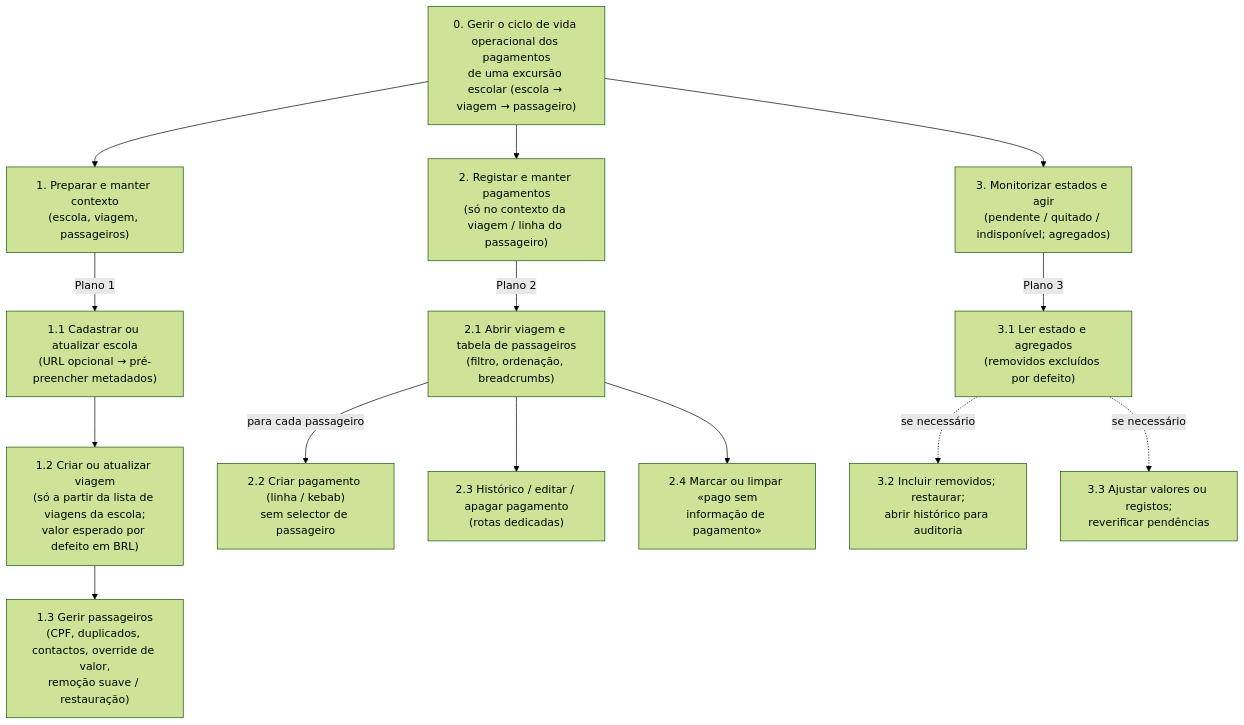
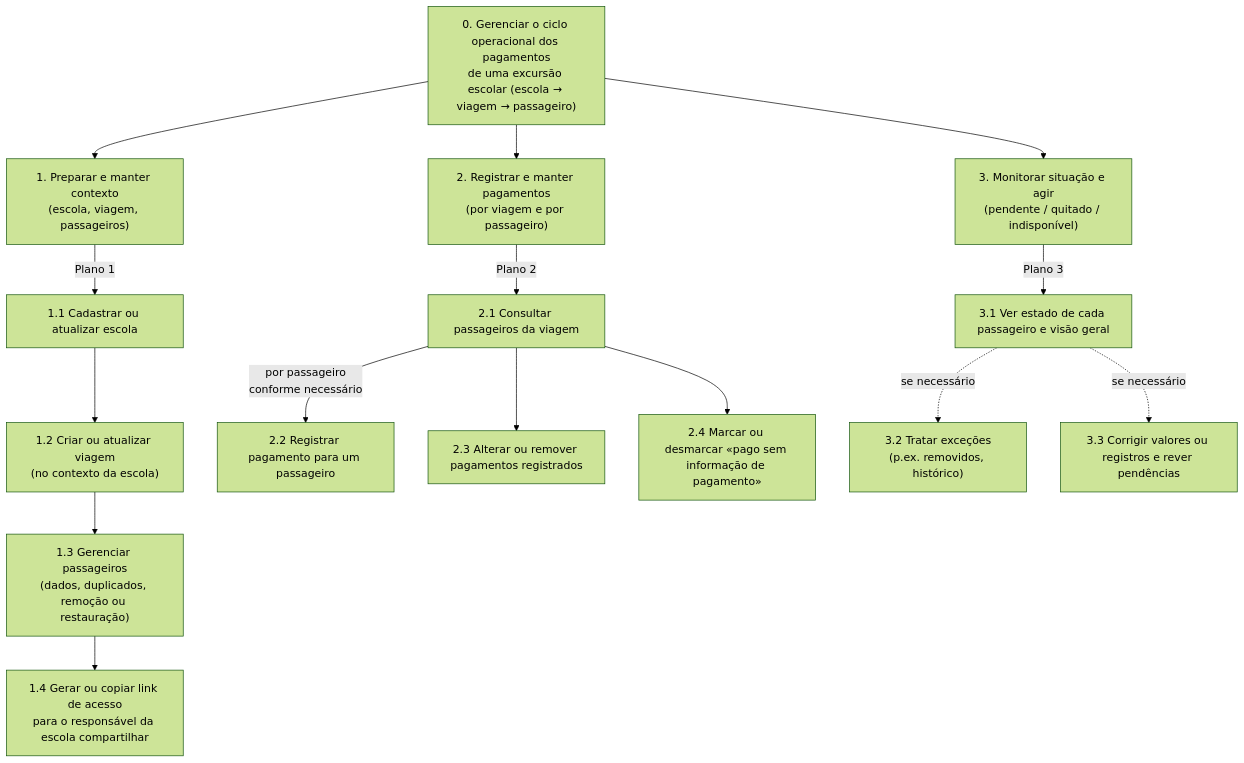
One commit to artieeez/sitio-design-notes changed the diagram in specs/001-school-trip-payments/presentation-sprint-01/hta-school-trip-payments.mmd. Above: the diagram before and after it, drawn with Mermaid (forest theme). The commit also changed 2 other files, not shown here.

Commit message:
one presentation and HTA diagrams toward Brazilian Portuguese (pt-BR)

```diff
--- a/specs/001-school-trip-payments/presentation-sprint-01/hta-school-trip-payments.mmd
+++ b/specs/001-school-trip-payments/presentation-sprint-01/hta-school-trip-payments.mmd
@@ -1,42 +1,44 @@
-%% HTA — Dashboard de pagamentos pendentes em viagens escolares (staff)
-%% Plano 0: executar 1; em paralelo ou iterativamente 2 e 3 ao longo da operação
-%% Export PNG/SVG: npx @mermaid-js/mermaid-cli -i hta-school-trip-payments.mmd -o hta-school-trip-payments.png
+%% HTA — Lado agência (responsável pela agência)
+%% Plano 0: executar 1 (inclui compartilhar link com a escola); repetir 2 e 3 ao longo da operação
+%% Export: npx @mermaid-js/mermaid-cli -i hta-school-trip-payments.mmd -o hta-school-trip-payments.png
 
 flowchart TB
-  t0["0. Gerir o ciclo de vida operacional dos pagamentos<br/>de uma excursão escolar (escola → viagem → passageiro)"]
+  t0["0. Gerenciar o ciclo operacional dos pagamentos<br/>de uma excursão escolar (escola → viagem → passageiro)"]
 
   t1["1. Preparar e manter contexto<br/>(escola, viagem, passageiros)"]
-  t2["2. Registar e manter pagamentos<br/>(só no contexto da viagem / linha do passageiro)"]
-  t3["3. Monitorizar estados e agir<br/>(pendente / quitado / indisponível; agregados)"]
+  t2["2. Registrar e manter pagamentos<br/>(por viagem e por passageiro)"]
+  t3["3. Monitorar situação e agir<br/>(pendente / quitado / indisponível)"]
 
   t0 --> t1
   t0 --> t2
   t0 --> t3
 
-  t1a["1.1 Cadastrar ou atualizar escola<br/>(URL opcional → pré-preencher metadados)"]
-  t1b["1.2 Criar ou atualizar viagem<br/>(só a partir da lista de viagens da escola;<br/>valor esperado por defeito em BRL)"]
-  t1c["1.3 Gerir passageiros<br/>(CPF, duplicados, contactos, override de valor,<br/>remoção suave / restauração)"]
+  t1a["1.1 Cadastrar ou atualizar escola"]
+  t1b["1.2 Criar ou atualizar viagem<br/>(no contexto da escola)"]
+  t1c["1.3 Gerenciar passageiros<br/>(dados, duplicados, remoção ou restauração)"]
+  t1d["1.4 Gerar ou copiar link de acesso<br/>para o responsável da escola compartilhar"]
 
   t1 -->|Plano 1| t1a
   t1a --> t1b
   t1b --> t1c
+  t1c --> t1d
 
-  t2a["2.1 Abrir viagem e tabela de passageiros<br/>(filtro, ordenação, breadcrumbs)"]
-  t2b["2.2 Criar pagamento (linha / kebab)<br/>sem selector de passageiro"]
-  t2c["2.3 Histórico / editar / apagar pagamento<br/>(rotas dedicadas)"]
-  t2d["2.4 Marcar ou limpar «pago sem<br/>informação de pagamento»"]
+  t2a["2.1 Consultar passageiros da viagem"]
+  t2b["2.2 Registrar pagamento para um passageiro"]
+  t2c["2.3 Alterar ou remover pagamentos registrados"]
+  t2d["2.4 Marcar ou desmarcar «pago sem informação de pagamento»"]
 
   t2 -->|Plano 2| t2a
-  t2a -->|para cada passageiro| t2b
+  t2a -->|por passageiro<br/>conforme necessário| t2b
   t2a --> t2c
   t2a --> t2d
 
-  t3a["3.1 Ler estado e agregados<br/>(removidos excluídos por defeito)"]
-  t3b["3.2 Incluir removidos; restaurar;<br/>abrir histórico para auditoria"]
-  t3c["3.3 Ajustar valores ou registos;<br/>reverificar pendências"]
+  t3a["3.1 Ver estado de cada passageiro e visão geral"]
+  t3b["3.2 Tratar exceções<br/>(p.ex. removidos, histórico)"]
+  t3c["3.3 Corrigir valores ou registros e rever pendências"]
 
   t3 -->|Plano 3| t3a
   t3a -.->|se necessário| t3b
   t3a -.->|se necessário| t3c
 
-  %% Entre 2 e 3 o fluxo é iterativo (novos pagamentos → novo estado; revisão → novas ações).
+  %% O link de 1.4 leva à HTA «escola»; o canal (e-mail, WhatsApp etc.) é externo.
```
